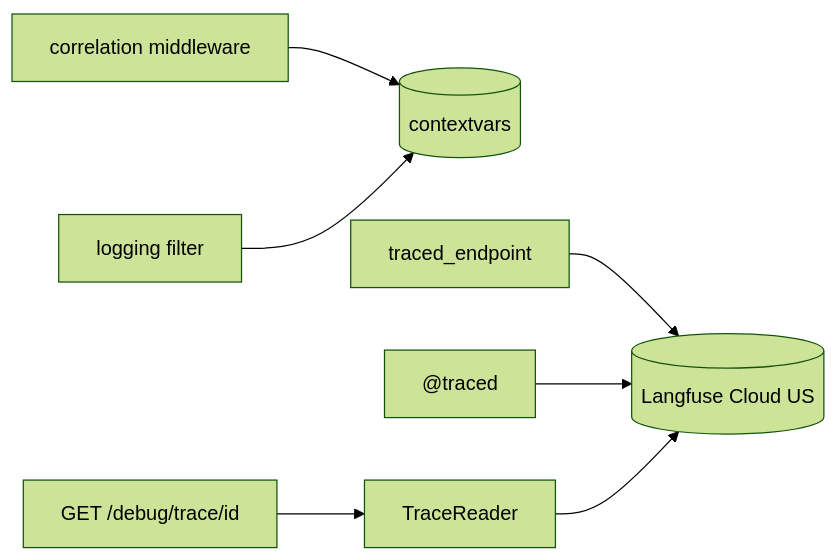
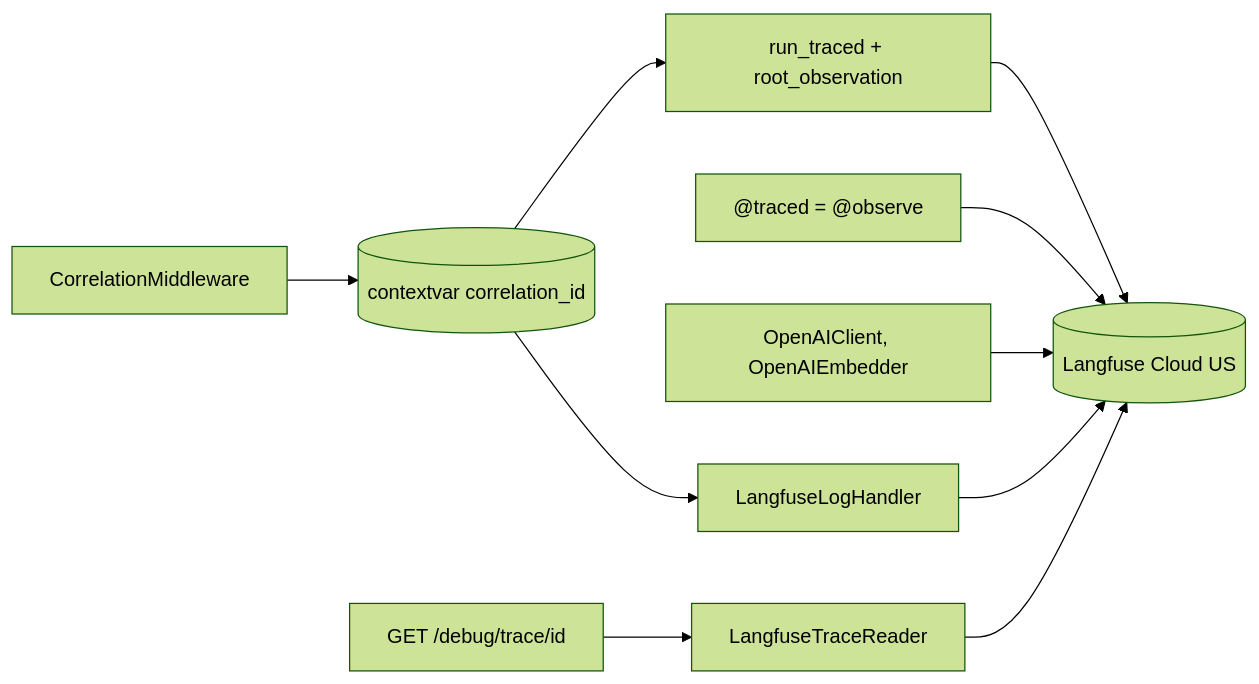
One commit to gustavomoises/dayforce changed the first of 4 diagrams in trace-architecture.md. Above: the diagram before and after it, drawn with Mermaid (forest theme). The commit also changed other lines of this file and 25 other files, not shown here.

Commit message:
task 8: README, PROMPTS, AI-NOTES, TRADEOFFS, live tests, Postman, synced architecture docs; remove pre-task leftovers

````diff
--- a/trace-architecture.md
+++ b/trace-architecture.md
@@ -30,8 +30,11 @@
 ```mermaid
 flowchart LR
-    MW[correlation middleware] --> CTX[(contextvars)]
-    EP[traced_endpoint] --> LF[(Langfuse Cloud US)]
-    DEC["@traced"] --> LF
-    LOG[logging filter] --> CTX
-    DBG[GET /debug/trace/id] --> TR[TraceReader] --> LF
+    MW["CorrelationMiddleware"] --> CTX[("contextvar correlation_id")]
+    RT["run_traced + root_observation"] --> LF[("Langfuse Cloud US")]
+    DEC["@traced = @observe"] --> LF
+    GEN["OpenAIClient, OpenAIEmbedder"] --> LF
+    LOG["LangfuseLogHandler"] --> LF
+    CTX --> RT
+    CTX --> LOG
+    DBG["GET /debug/trace/id"] --> TR["LangfuseTraceReader"] --> LF
 ```
````
